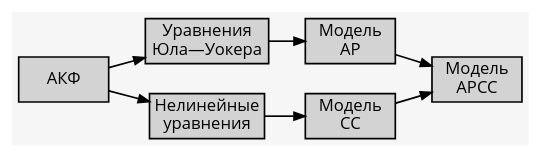
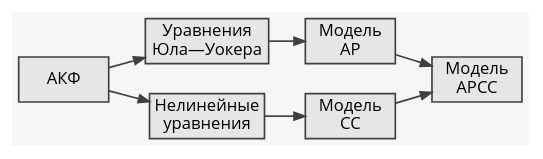
One commit to igankevich/arma-thesis changed the first of 3 diagrams in arma-slides-ru.org. Above: the diagram before and after it, drawn with Graphviz. The commit also changed other lines of this file and 1 other file, not shown here.

```diff
--- a/arma-slides-ru.org
+++ b/arma-slides-ru.org
@@ -114,20 +114,29 @@
 #+begin_src dot :exports results :file build/arma-pipeline-ru.pdf
 digraph G {
 
-  node [fontname="Open Sans",fontsize=10,margin="0.055,0",shape=box,bgcolor="E5E6E5",style="filled",height="0.37"]
+  node [
+	  fontname="Open Sans",
+	  fontsize=10,
+	  margin="0.055,0",
+	  shape=box,
+	  fillcolor="#E5E6E5",
+	  style="filled",
+	  height="0.37",
+	  color="#404040"
+  ]
   graph [nodesep="0.25",ranksep="0.30",rankdir="LR" margin=0]
-  edge [arrowsize=0.66]
+  edge [arrowsize=0.66,color="#404040"]
   bgcolor="#F5F6F5"
 
   acf [label="АКФ"]
   yule_walker_equations [label="Уравнения\nЮла—Уокера"]
   nonlinear_equations [label="Нелинейные\nуравнения"]
   ar_process [label="Модель\nАР"]
   ma_process [label="Модель\nСС"]
   arma_process [label="Модель\nАРСС"]
 
   acf->yule_walker_equations->ar_process->arma_process
   acf->nonlinear_equations->ma_process->arma_process
 
 }
 #+end_src
```
